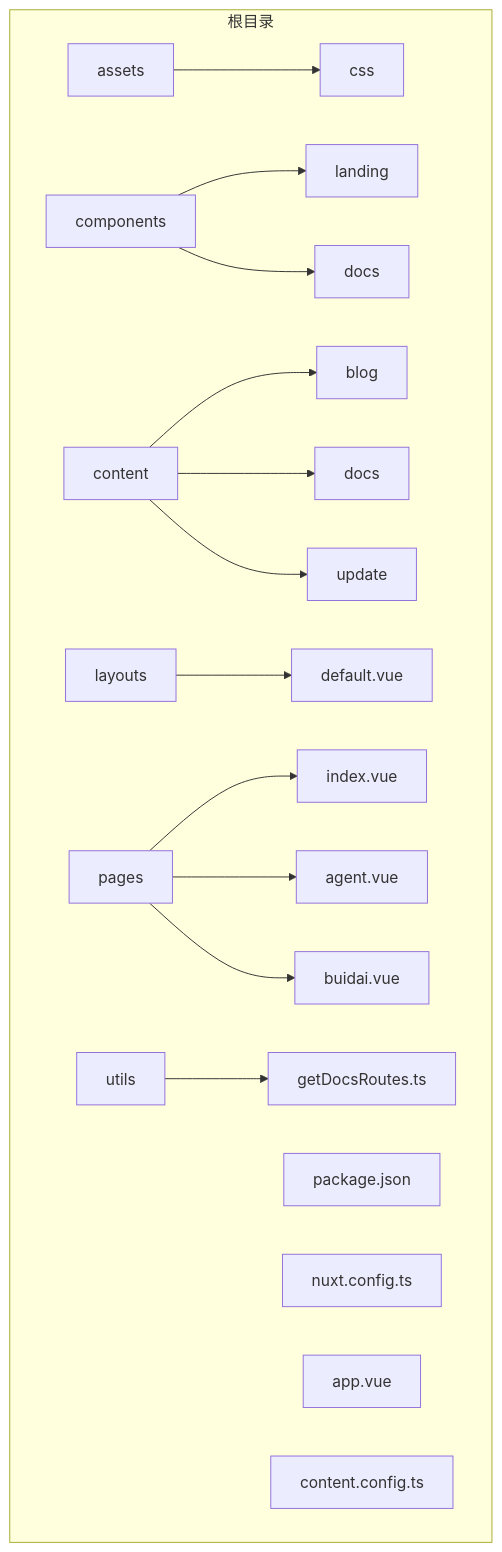
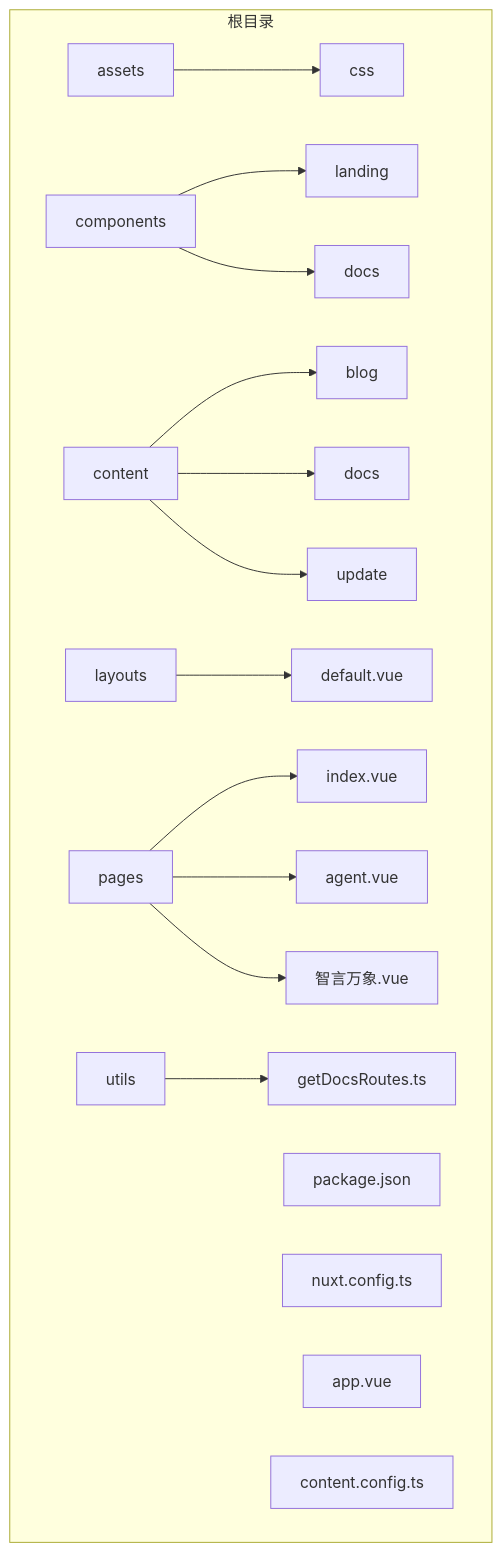
The first of 4 diagrams in .qoder/repowiki/zh/content/项目概述.md (lllyyysss77/buidai), drawn with Mermaid before and after one commit. The commit also changed other lines of this file and 163 other files, not shown here.

````diff
--- a/.qoder/repowiki/zh/content/项目概述.md
+++ b/.qoder/repowiki/zh/content/项目概述.md
@@ -43,20 +43,20 @@
 ```mermaid
 graph TB
 subgraph "根目录"
 A[assets] --> A1[css]
 B[components] --> B1[landing]
 B --> B2[docs]
 C[content] --> C1[blog]
 C --> C2[docs]
 C --> C3[update]
 D[layouts] --> D1[default.vue]
 E[pages] --> E1[index.vue]
 E --> E2[agent.vue]
-E --> E3[buidai.vue]
+E --> E3[智言万象.vue]
 F[utils] --> F1[getDocsRoutes.ts]
 G[package.json]
 H[nuxt.config.ts]
 I[app.vue]
 J[content.config.ts]
 end
 ```
````
